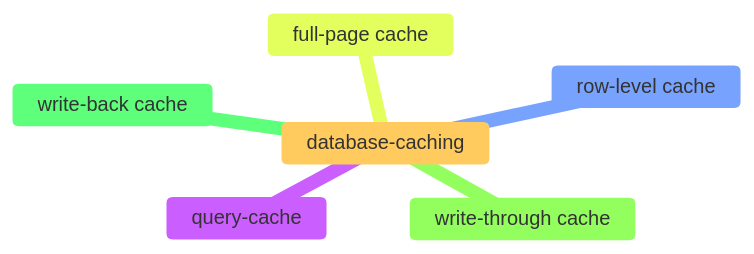
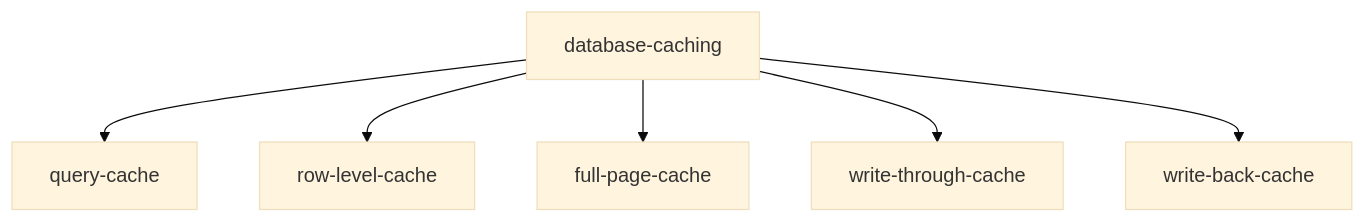
Before and after one commit to Sri2103/LearningNotes: the diagram in caching/database-caching.md, drawn with Mermaid (base theme). The commit also changed 7 other files, not shown here.

````diff
--- a/caching/database-caching.md
+++ b/caching/database-caching.md
@@ -9,9 +9,8 @@
 ```mermaid
-mindmap
-    database-caching
-        query-cache
-        row-level cache
-        full-page cache
-        write-through cache
-        write-back cache
+graph TD
+    database-caching --> query-cache
+    database-caching --> row-level-cache
+    database-caching --> full-page-cache
+    database-caching --> write-through-cache
+    database-caching --> write-back-cache
 ```
````
